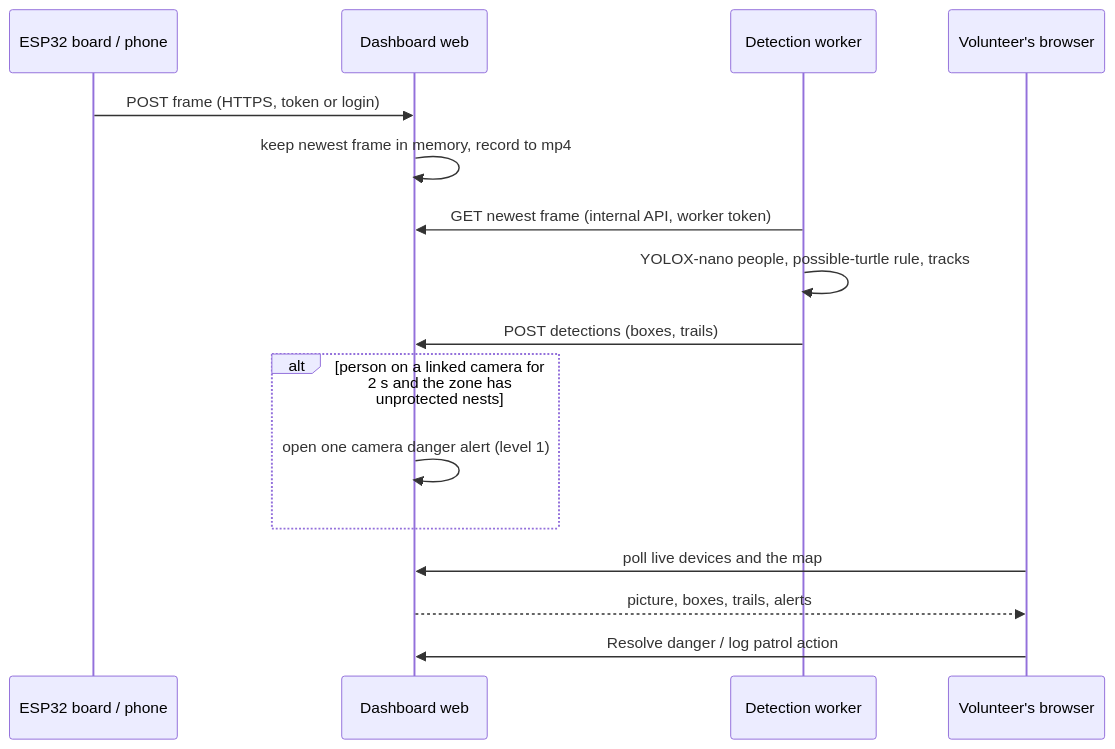
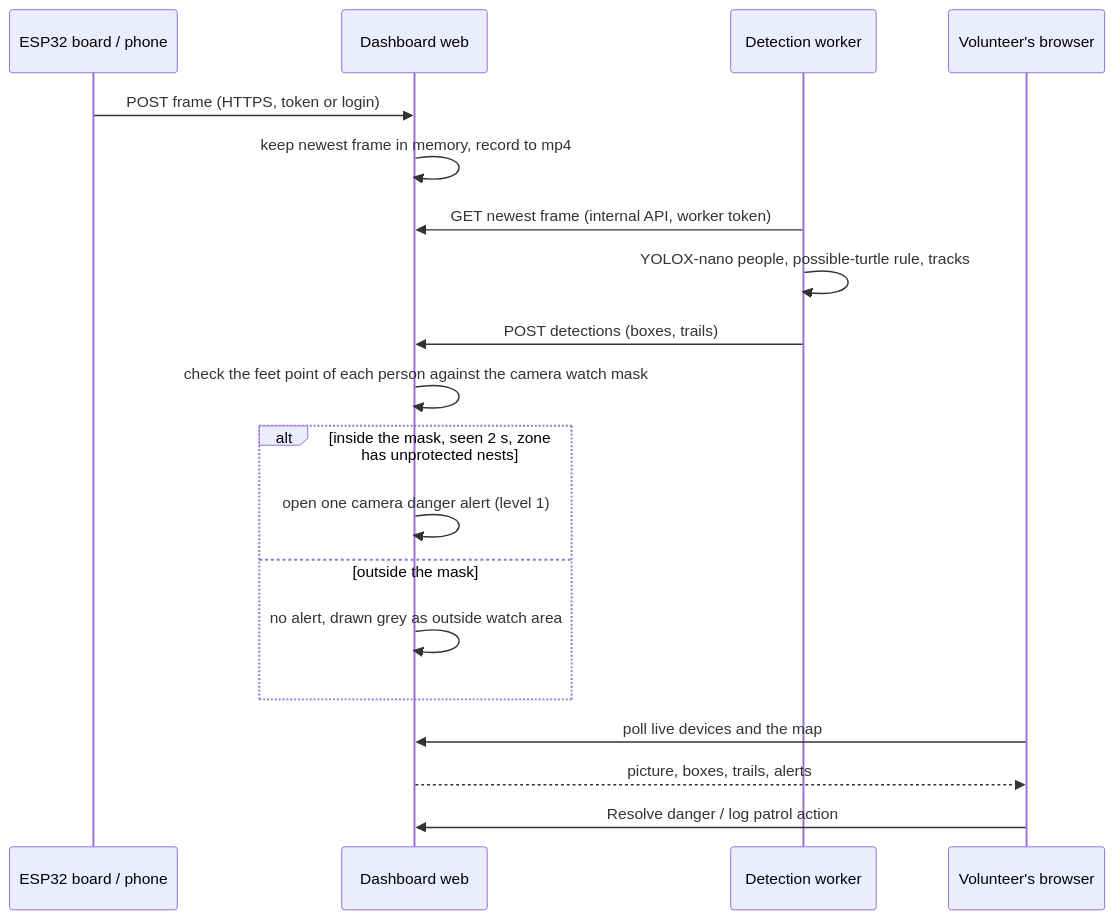
Before and after one commit to nothing2me/hatchwatch: the second of 5 diagrams in README.md, drawn with Mermaid. The commit also changed other lines of this file and 1 other file, not shown here.

Commit message:
docs: README diagrams for the Cameras page, watch masks in the alert path, Settings and the HatchWatch names

````diff
--- a/README.md
+++ b/README.md
@@ -73,19 +76,22 @@
 ```mermaid
 sequenceDiagram
     participant B as ESP32 board / phone
     participant W as Dashboard web
     participant K as Detection worker
     participant U as Volunteer's browser
 
     B->>W: POST frame (HTTPS, token or login)
     W->>W: keep newest frame in memory, record to mp4
     K->>W: GET newest frame (internal API, worker token)
     K->>K: YOLOX-nano people, possible-turtle rule, tracks
     K->>W: POST detections (boxes, trails)
-    alt person on a linked camera for 2 s and the zone has unprotected nests
+    W->>W: check the feet point of each person against the camera watch mask
+    alt inside the mask, seen 2 s, zone has unprotected nests
         W->>W: open one camera danger alert (level 1)
+    else outside the mask
+        W->>W: no alert, drawn grey as outside watch area
     end
     U->>W: poll live devices and the map
     W-->>U: picture, boxes, trails, alerts
     U->>W: Resolve danger / log patrol action
 ```
````
